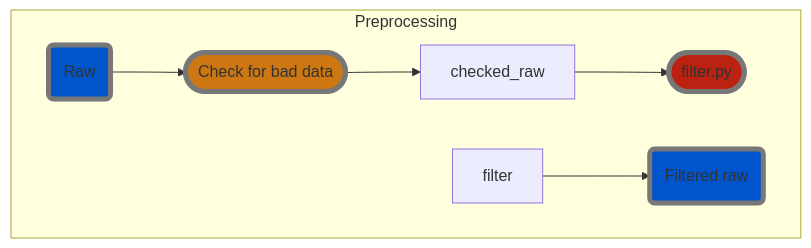
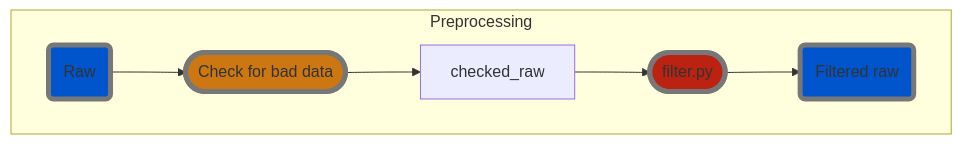
The diagram in README.md (hiroyoshi-yamasaki/MNE-MVPA), drawn with Mermaid before and after one commit.

Commit message:
mermaid not working on github

````diff
--- a/README.md
+++ b/README.md
@@ -4,24 +4,24 @@
 ```mermaid
 graph TD
     %% Processes
     classDef automatic_process fill: #b21, stroke-width: 5px, stroke: #777
     classDef manual_process fill: #c71, stroke-width: 5px, stroke: #777
     
     %% Data
     classDef mne_data fill: #05c, stroke-width: 5px, stroke: #777
     classDef event_data fill: #260, stroke-width: 5px, stroke: #777
     classDef other_data fill: #55c, stroke-width: 5px, stroke: #777
 
     %% Preprocessing MEG data
     subgraph "Preprocessing"
     
         %% Manual check for bad channels, artefacts etc.
         raw_data("Raw"):::mne_data --> check_raw(["Check for bad data"]):::manual_process;
         check_raw --> checked_raw;
         
         %% Filter the raw files
         checked_raw --> filter_raw(["filter.py"]):::automatic_process;
-        filter --> filtered_raw("Filtered raw"):::mne_data;
+        filter_raw --> filtered_raw("Filtered raw"):::mne_data;
     end
     
 ```
````
